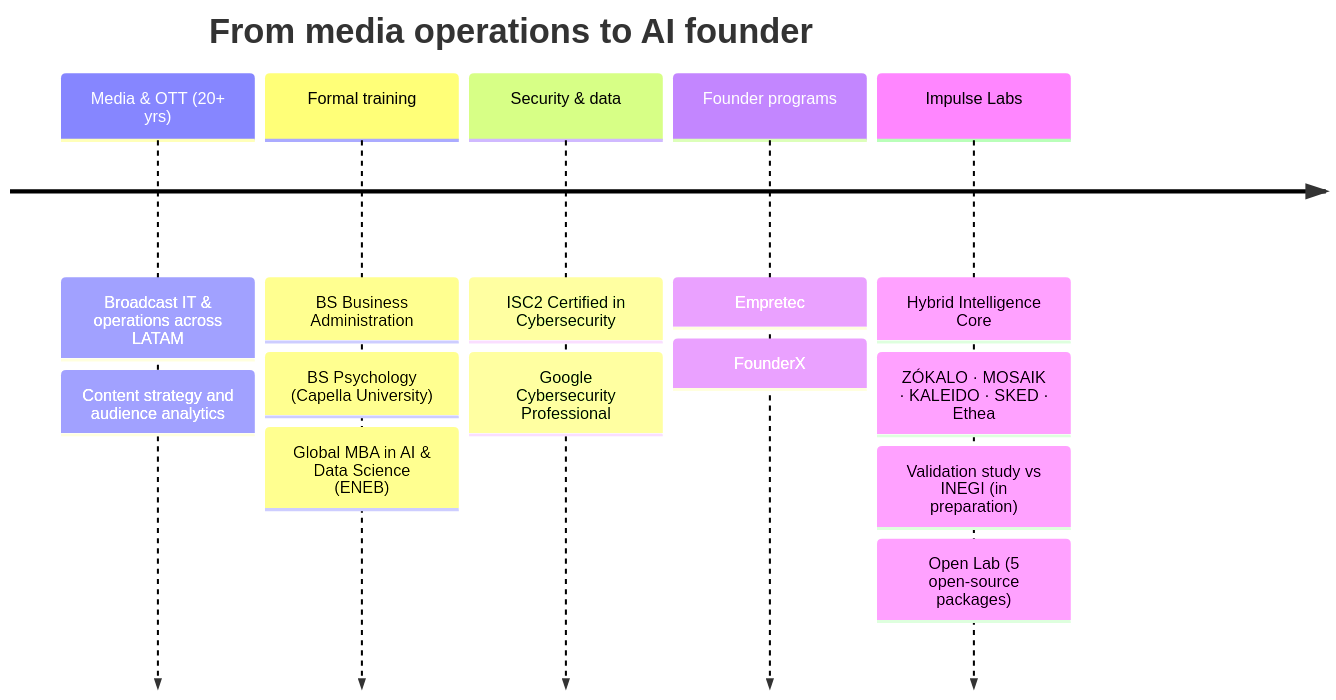
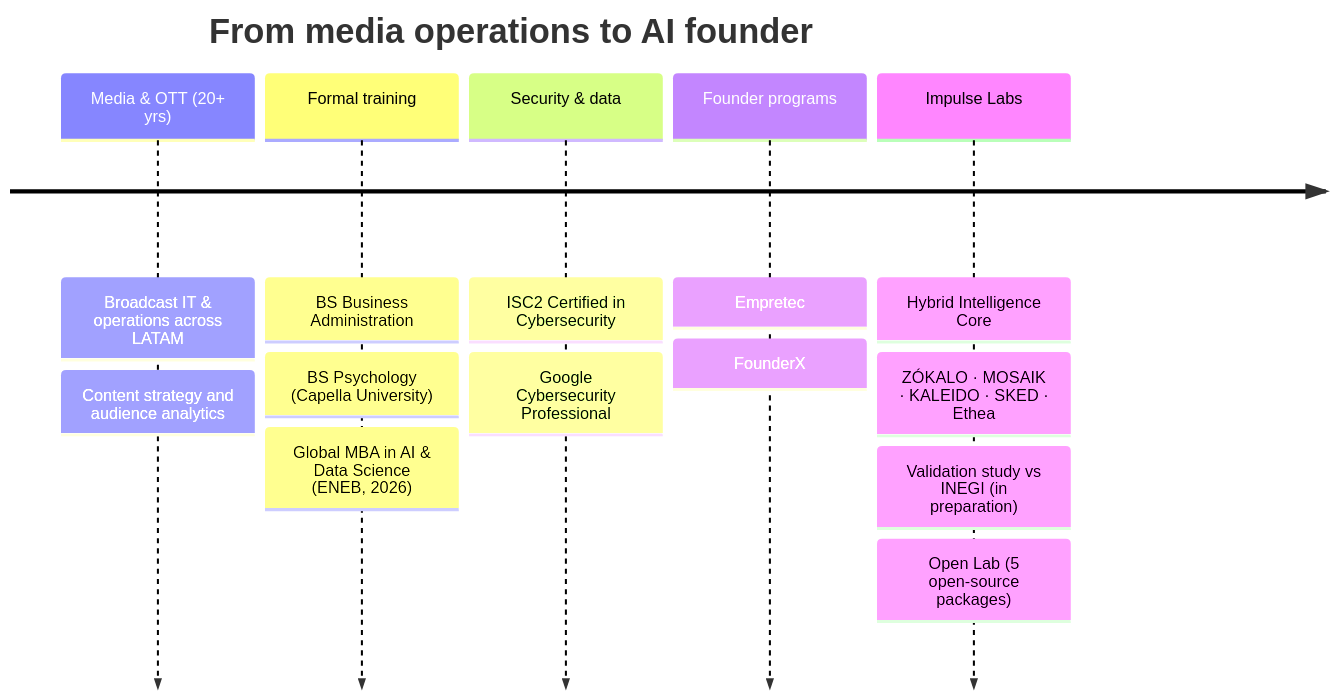
One commit to Neckr0ik/Neckr0ik changed the diagram in README.md. Above: the diagram before and after it, drawn with Mermaid. The commit also changed other lines of this file and 4 other files, not shown here.

````diff
--- a/README.md
+++ b/README.md
@@ -102,17 +102,17 @@
 ```mermaid
 timeline
     title From media operations to AI founder
     Media & OTT (20+ yrs) : Broadcast IT & operations across LATAM
                           : Content strategy and audience analytics
     Formal training       : BS Business Administration
                           : BS Psychology (Capella University)
-                          : Global MBA in AI & Data Science (ENEB)
+                          : Global MBA in AI & Data Science (ENEB, 2026)
     Security & data       : ISC2 Certified in Cybersecurity
                           : Google Cybersecurity Professional
     Founder programs      : Empretec
                           : FounderX
     Impulse Labs          : Hybrid Intelligence Core
                           : ZÓKALO · MOSAIK · KALEIDO · SKED · Ethea
                           : Validation study vs INEGI (in preparation)
                           : Open Lab (5 open-source packages)
 ```
````
